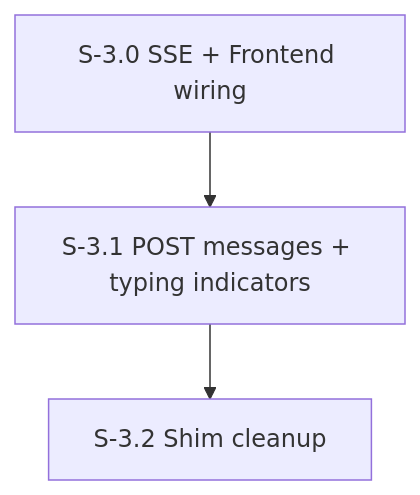
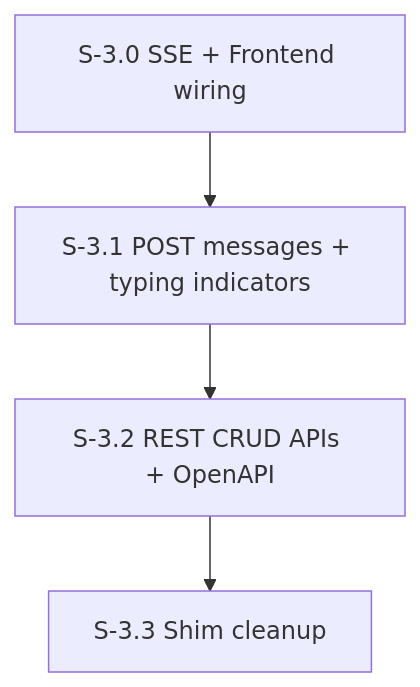
One commit to pedropaulovc/the-office changed the diagram in spec/plan/milestone-3-api-layer-sse.md. Above: the diagram before and after it, drawn with Mermaid. The commit also changed other lines of this file and 2 other files, not shown here.

First line of the commit message:
Add REST CRUD APIs + OpenAPI spec to implementation plan

````diff
--- a/spec/plan/milestone-3-api-layer-sse.md
+++ b/spec/plan/milestone-3-api-layer-sse.md
@@ -5,5 +5,6 @@
 ```mermaid
 graph TD
     S30[S-3.0 SSE + Frontend wiring] --> S31[S-3.1 POST messages + typing indicators]
-    S31 --> S32[S-3.2 Shim cleanup]
+    S31 --> S32[S-3.2 REST CRUD APIs + OpenAPI]
+    S32 --> S33[S-3.3 Shim cleanup]
 ```
````
